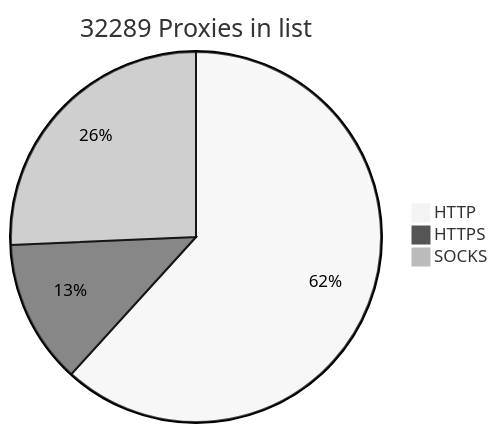
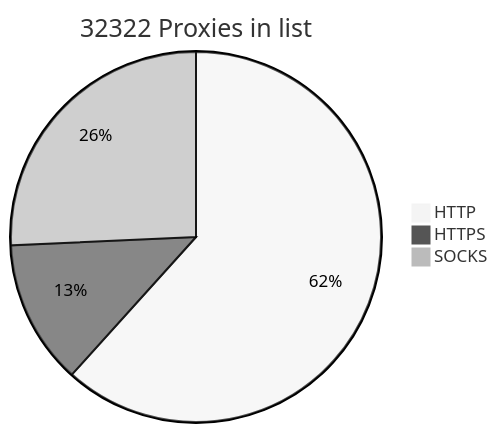
Before and after one commit to BlackSnowDot/proxylist-update-every-minute: the diagram in README.md, drawn with Mermaid (neutral theme).

````diff
--- a/README.md
+++ b/README.md
@@ -2,6 +2,6 @@
 ```mermaid
-pie title 32289 Proxies in list
-    "HTTP" : 22032
-    "HTTPS": 4491
-    "SOCKS" : 9164
+pie title 32322 Proxies in list
+    "HTTP" : 22034
+    "HTTPS": 4499
+    "SOCKS" : 9187
 ```
````
